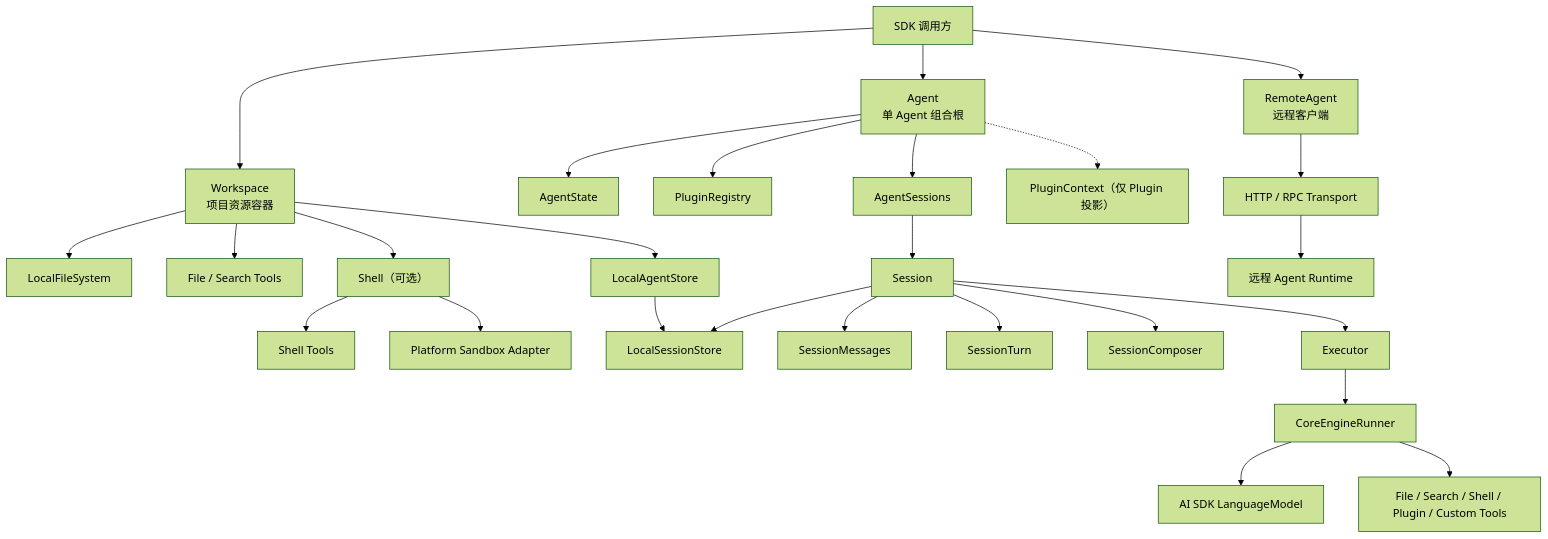
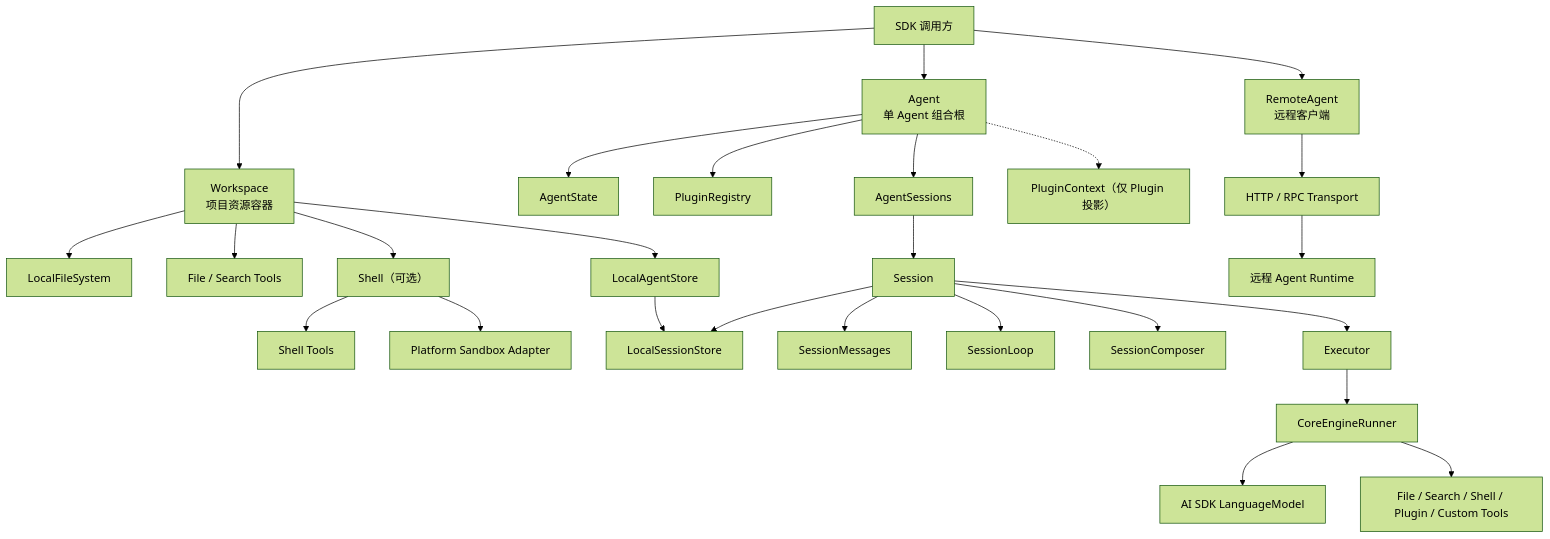
The first of 4 diagrams in docs/agent-sdk-architecture.md (genesiscosmos/downcity), drawn with Mermaid (forest theme) before and after one commit. The commit also changed other lines of this file and 119 other files, not shown here.

````diff
--- a/docs/agent-sdk-architecture.md
+++ b/docs/agent-sdk-architecture.md
@@ -30,34 +30,34 @@
 ```mermaid
 flowchart TD
     App["SDK 调用方"] --> Workspace["Workspace<br/>项目资源容器"]
     App --> Agent["Agent<br/>单 Agent 组合根"]
     App --> RemoteAgent["RemoteAgent<br/>远程客户端"]
 
     Workspace --> Files["LocalFileSystem"]
     Workspace --> WorkspaceTools["File / Search Tools"]
     Workspace --> AgentStore["LocalAgentStore"]
     Workspace --> Shell["Shell（可选）"]
 
     Shell --> ShellTools["Shell Tools"]
     Shell --> Sandbox["Platform Sandbox Adapter"]
 
     Agent --> AgentState["AgentState"]
     Agent --> Plugins["PluginRegistry"]
     Agent --> Sessions["AgentSessions"]
     Agent -.-> Context["PluginContext（仅 Plugin 投影）"]
 
     Sessions --> Session["Session"]
     AgentStore --> SessionStore["LocalSessionStore"]
     Session --> SessionStore
     Session --> Messages["SessionMessages"]
-    Session --> Turn["SessionTurn"]
+    Session --> Loop["SessionLoop"]
     Session --> Composer["SessionComposer"]
     Session --> Executor["Executor"]
 
     Executor --> Engine["CoreEngineRunner"]
     Engine --> Model["AI SDK LanguageModel"]
     Engine --> Tools["File / Search / Shell / Plugin / Custom Tools"]
 
     RemoteAgent --> Transport["HTTP / RPC Transport"]
     Transport --> Server["远程 Agent Runtime"]
 ```
````
